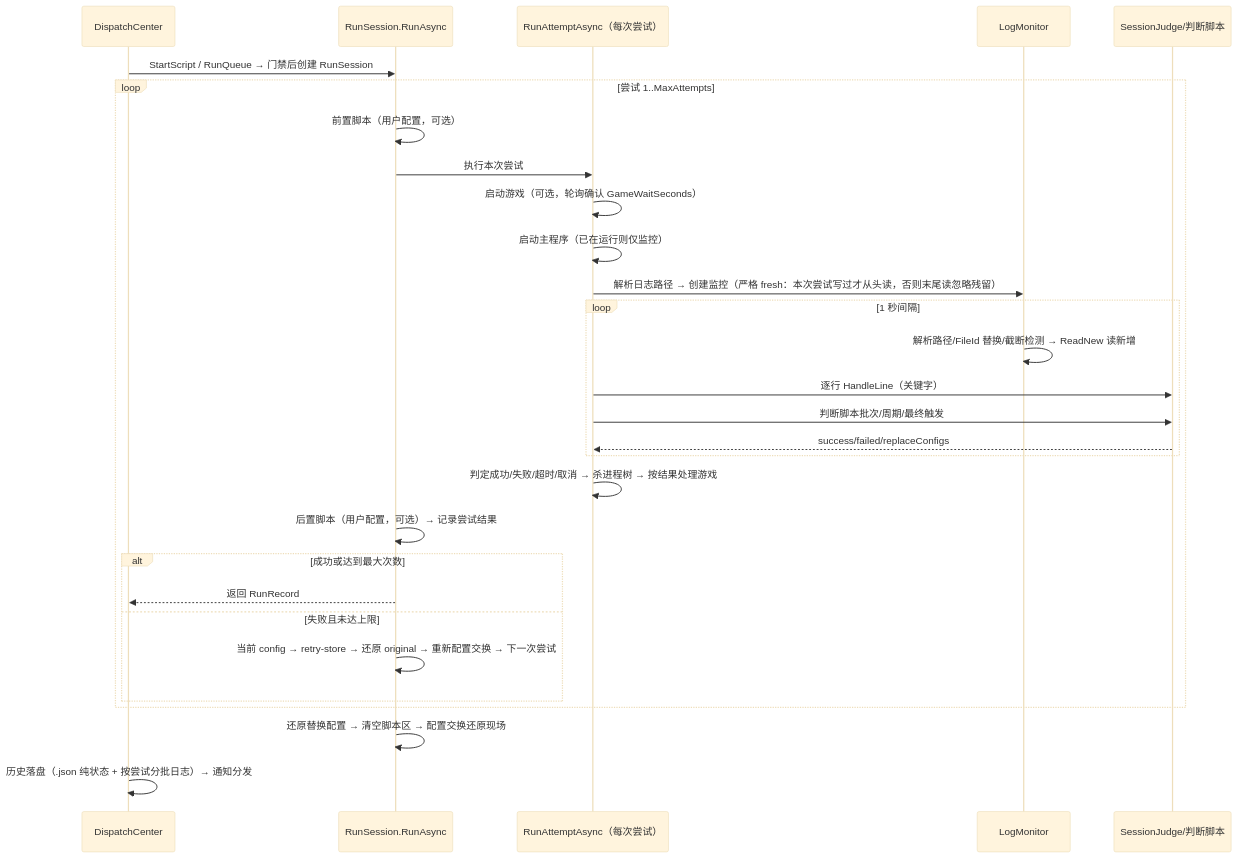
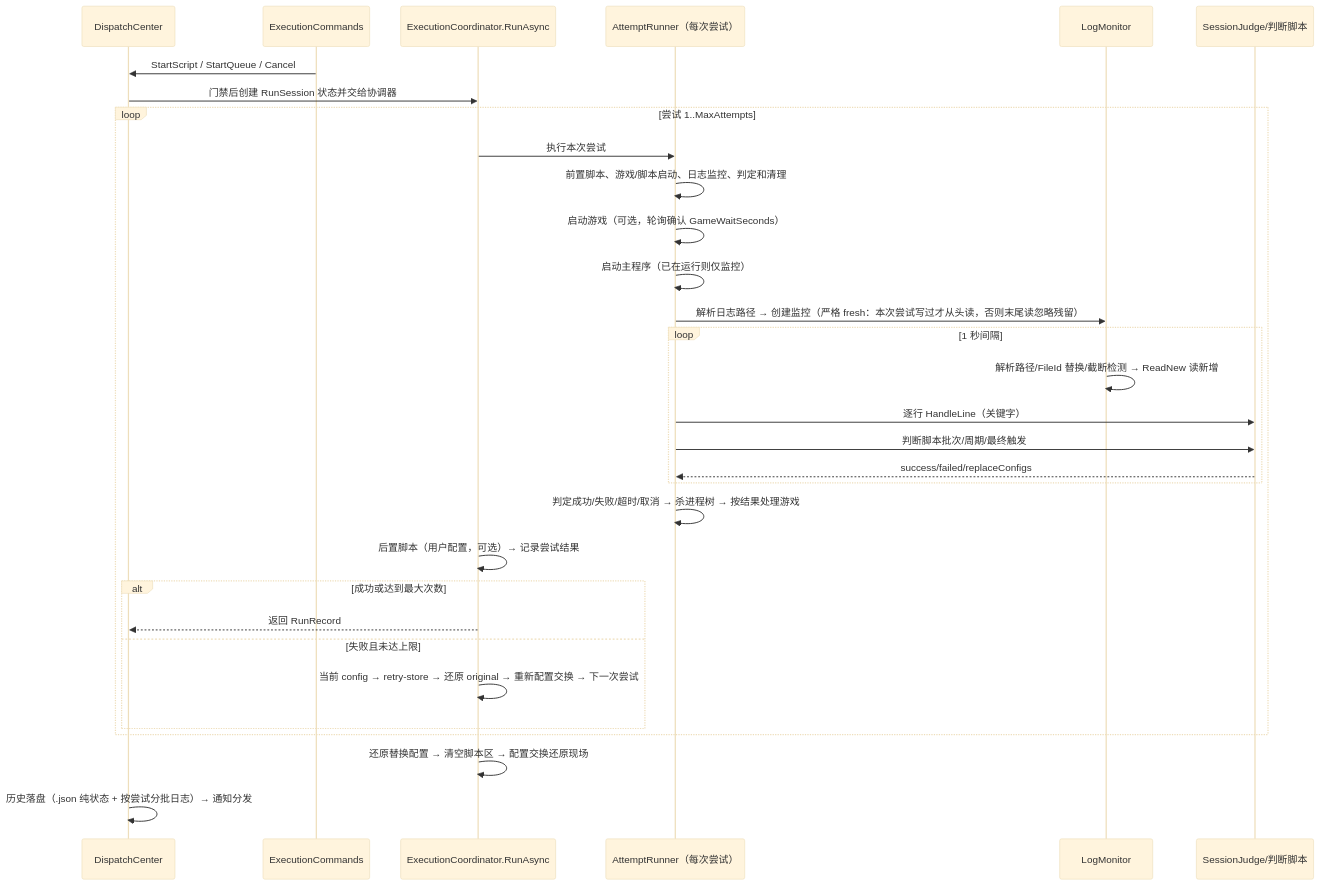
One commit to FlappiBakuse/NexusPipeline changed the first of 4 diagrams in docs/DESIGN.md. Above: the diagram before and after it, drawn with Mermaid (base theme). The commit also changed other lines of this file and 33 other files, not shown here.

````diff
--- a/docs/DESIGN.md
+++ b/docs/DESIGN.md
@@ -56,32 +60,34 @@
 ```mermaid
 sequenceDiagram
     participant DC as DispatchCenter
-    participant S as RunSession.RunAsync
-    participant A as RunAttemptAsync（每次尝试）
+    participant C as ExecutionCommands
+    participant S as ExecutionCoordinator.RunAsync
+    participant A as AttemptRunner（每次尝试）
     participant M as LogMonitor
     participant J as SessionJudge/判断脚本
 
-    DC->>S: StartScript / RunQueue → 门禁后创建 RunSession
+    C->>DC: StartScript / StartQueue / Cancel
+    DC->>S: 门禁后创建 RunSession 状态并交给协调器
     loop 尝试 1..MaxAttempts
-        S->>S: 前置脚本（用户配置，可选）
         S->>A: 执行本次尝试
+        A->>A: 前置脚本、游戏/脚本启动、日志监控、判定和清理
         A->>A: 启动游戏（可选，轮询确认 GameWaitSeconds）
         A->>A: 启动主程序（已在运行则仅监控）
         A->>M: 解析日志路径 → 创建监控（严格 fresh：本次尝试写过才从头读，否则末尾读忽略残留）
         loop 1 秒间隔
             M->>M: 解析路径/FileId 替换/截断检测 → ReadNew 读新增
             A->>J: 逐行 HandleLine（关键字）
             A->>J: 判断脚本批次/周期/最终触发
             J-->>A: success/failed/replaceConfigs
         end
         A->>A: 判定成功/失败/超时/取消 → 杀进程树 → 按结果处理游戏
         S->>S: 后置脚本（用户配置，可选）→ 记录尝试结果
         alt 成功或达到最大次数
             S-->>DC: 返回 RunRecord
         else 失败且未达上限
             S->>S: 当前 config → retry-store → 还原 original → 重新配置交换 → 下一次尝试
         end
     end
     S->>S: 还原替换配置 → 清空脚本区 → 配置交换还原现场
     DC->>DC: 历史落盘（.json 纯状态 + 按尝试分批日志）→ 通知分发
 ```
````
